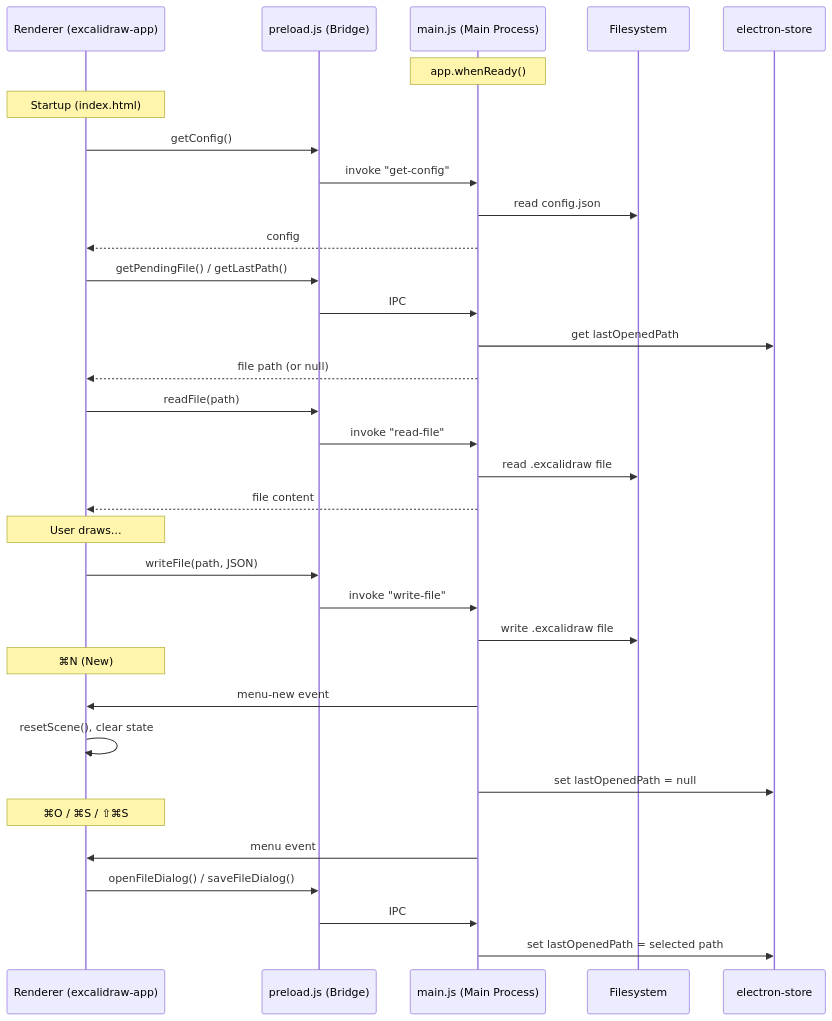
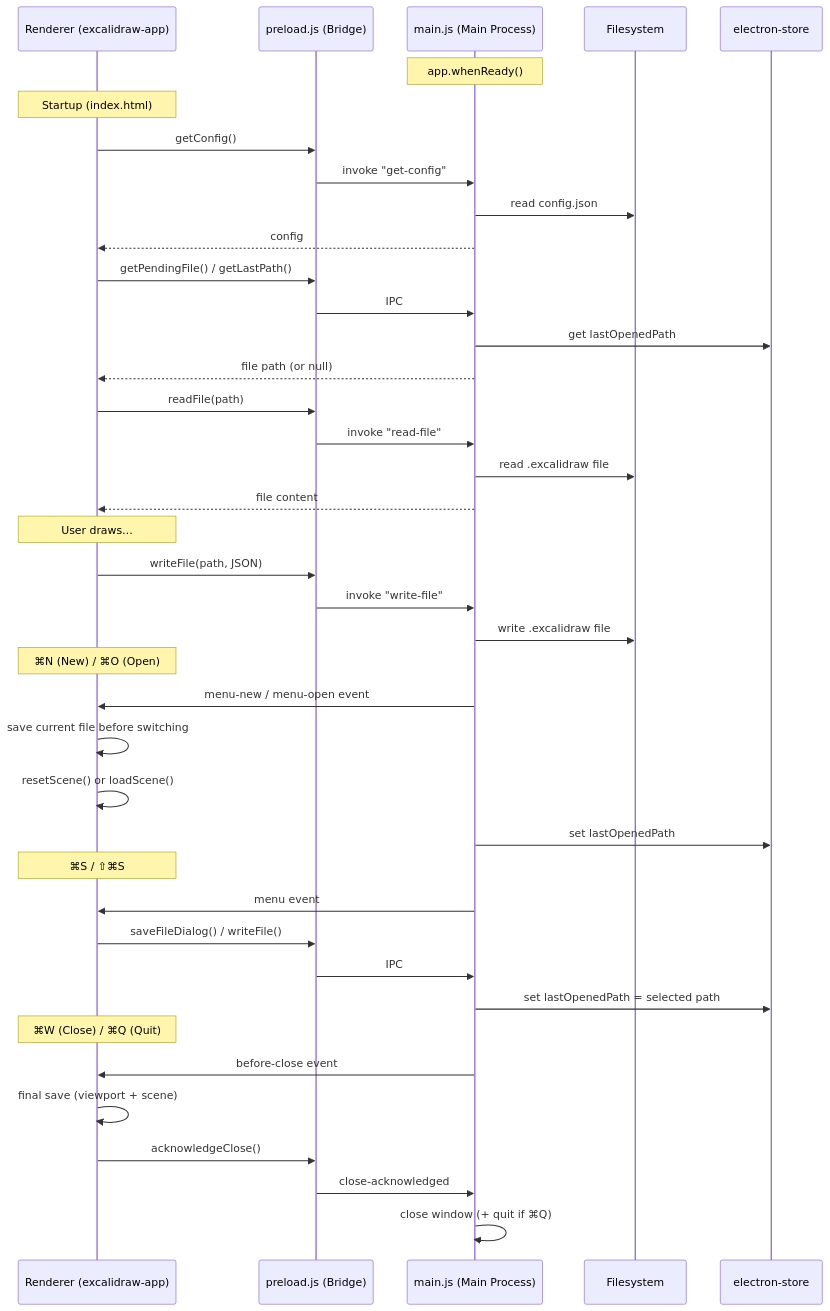
One commit to gerkoh/excalidraw-mac changed the diagram in README.md. Above: the diagram before and after it, drawn with Mermaid. The commit also changed other lines of this file and 5 other files, not shown here.

Commit message:
Save viewport; fallback on scrollToContent

````diff
--- a/README.md
+++ b/README.md
@@ -7,43 +7,51 @@
 ```mermaid
 sequenceDiagram
     participant App as Renderer (excalidraw-app)
     participant Preload as preload.js (Bridge)
     participant Main as main.js (Main Process)
     participant FS as Filesystem
     participant Store as electron-store
 
     Note over Main: app.whenReady()
 
     Note over App: Startup (index.html)
     App->>Preload: getConfig()
     Preload->>Main: invoke "get-config"
     Main->>FS: read config.json
     Main-->>App: config
 
     App->>Preload: getPendingFile() / getLastPath()
     Preload->>Main: IPC
     Main->>Store: get lastOpenedPath
     Main-->>App: file path (or null)
 
     App->>Preload: readFile(path)
     Preload->>Main: invoke "read-file"
     Main->>FS: read .excalidraw file
     Main-->>App: file content
 
     Note over App: User draws…
     App->>Preload: writeFile(path, JSON)
     Preload->>Main: invoke "write-file"
     Main->>FS: write .excalidraw file
 
-    Note over App: ⌘N (New)
-    Main->>App: menu-new event
-    App->>App: resetScene(), clear state
-    Main->>Store: set lastOpenedPath = null
+    Note over App: ⌘N (New) / ⌘O (Open)
+    Main->>App: menu-new / menu-open event
+    App->>App: save current file before switching
+    App->>App: resetScene() or loadScene()
+    Main->>Store: set lastOpenedPath
 
-    Note over App: ⌘O / ⌘S / ⇧⌘S
+    Note over App: ⌘S / ⇧⌘S
     Main->>App: menu event
-    App->>Preload: openFileDialog() / saveFileDialog()
+    App->>Preload: saveFileDialog() / writeFile()
     Preload->>Main: IPC
     Main->>Store: set lastOpenedPath = selected path
 
+    Note over App: ⌘W (Close) / ⌘Q (Quit)
+    Main->>App: before-close event
+    App->>App: final save (viewport + scene)
+    App->>Preload: acknowledgeClose()
+    Preload->>Main: close-acknowledged
+    Main->>Main: close window (+ quit if ⌘Q)
+
 ```
````
